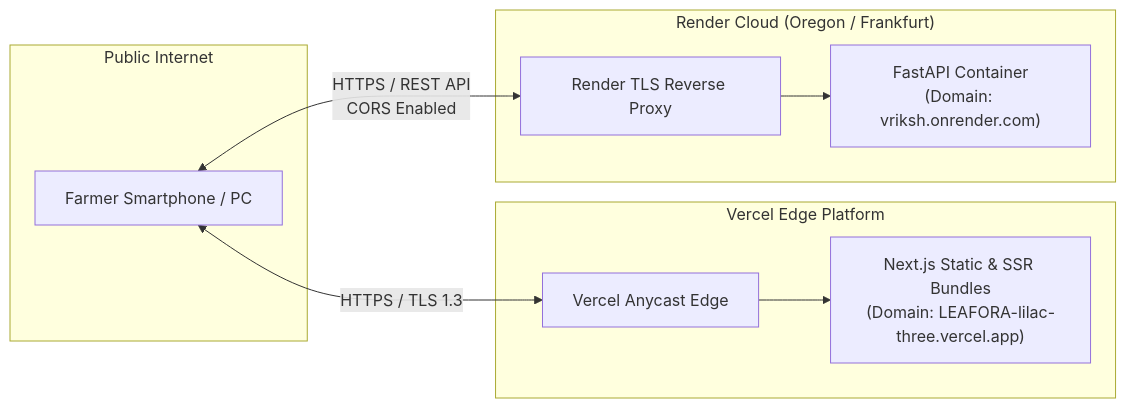
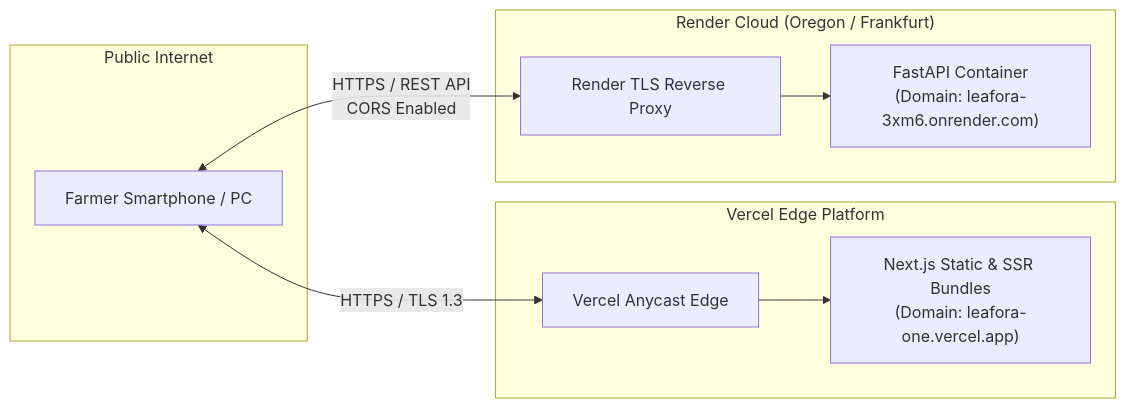
Before and after one commit to Aayush1803/Leafora: the fourth of 4 diagrams in docs/ARCHITECTURE.md, drawn with Mermaid. The commit also changed other lines of this file and 25 other files, not shown here.

````diff
--- a/docs/ARCHITECTURE.md
+++ b/docs/ARCHITECTURE.md
@@ -216,21 +216,21 @@
 ```mermaid
 flowchart LR
     subgraph Internet ["Public Internet"]
         UserDevice["Farmer Smartphone / PC"]
     end
 
     subgraph VercelEdge ["Vercel Edge Platform"]
         VercelCDN["Vercel Anycast Edge"]
-        VercelFrontend["Next.js Static & SSR Bundles<br/>(Domain: LEAFORA-lilac-three.vercel.app)"]
+        VercelFrontend["Next.js Static & SSR Bundles<br/>(Domain: leafora-one.vercel.app)"]
     end
 
     subgraph RenderPlatform ["Render Cloud (Oregon / Frankfurt)"]
         RenderLB["Render TLS Reverse Proxy"]
-        DockerHost["FastAPI Container<br/>(Domain: vriksh.onrender.com)"]
+        DockerHost["FastAPI Container<br/>(Domain: leafora-3xm6.onrender.com)"]
     end
 
     UserDevice <--> |HTTPS / TLS 1.3| VercelCDN
     VercelCDN --> VercelFrontend
     UserDevice <--> |HTTPS / REST API<br/>CORS Enabled| RenderLB
     RenderLB --> DockerHost
 ```
````
